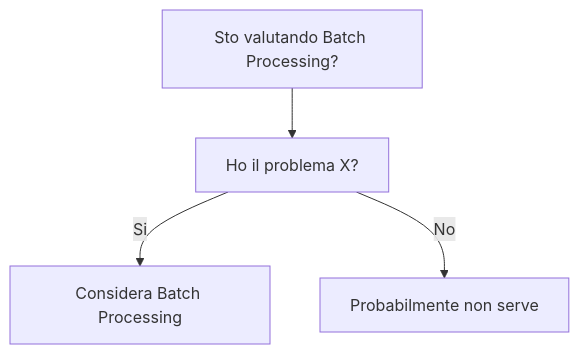
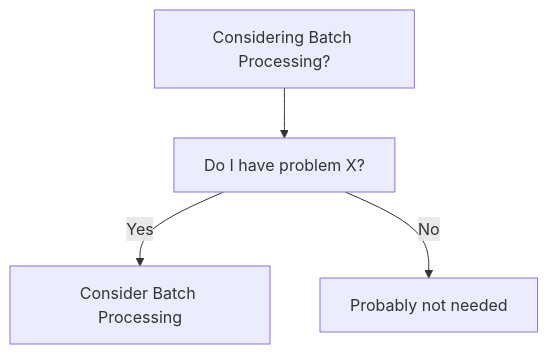
One commit to HxT9/Software-Dev-Wiki changed the diagram in dev-wiki/11_Performance/Batch_Processing/When_To_Use.md. Above: the diagram before and after it, drawn with Mermaid. The commit also changed other lines of this file and 3444 other files, not shown here.

````diff
--- a/dev-wiki/11_Performance/Batch_Processing/When_To_Use.md
+++ b/dev-wiki/11_Performance/Batch_Processing/When_To_Use.md
@@ -19,6 +19,6 @@
 ```mermaid
 flowchart TD
-  Q[Sto valutando Batch Processing?] --> Q1[Ho il problema X?]
-  Q1 -->|Si| OK[Considera Batch Processing]
-  Q1 -->|No| NO[Probabilmente non serve]
+  Q[Considering Batch Processing?] --> Q1[Do I have problem X?]
+  Q1 -->|Yes| OK[Consider Batch Processing]
+  Q1 -->|No| NO[Probably not needed]
 ```
````
